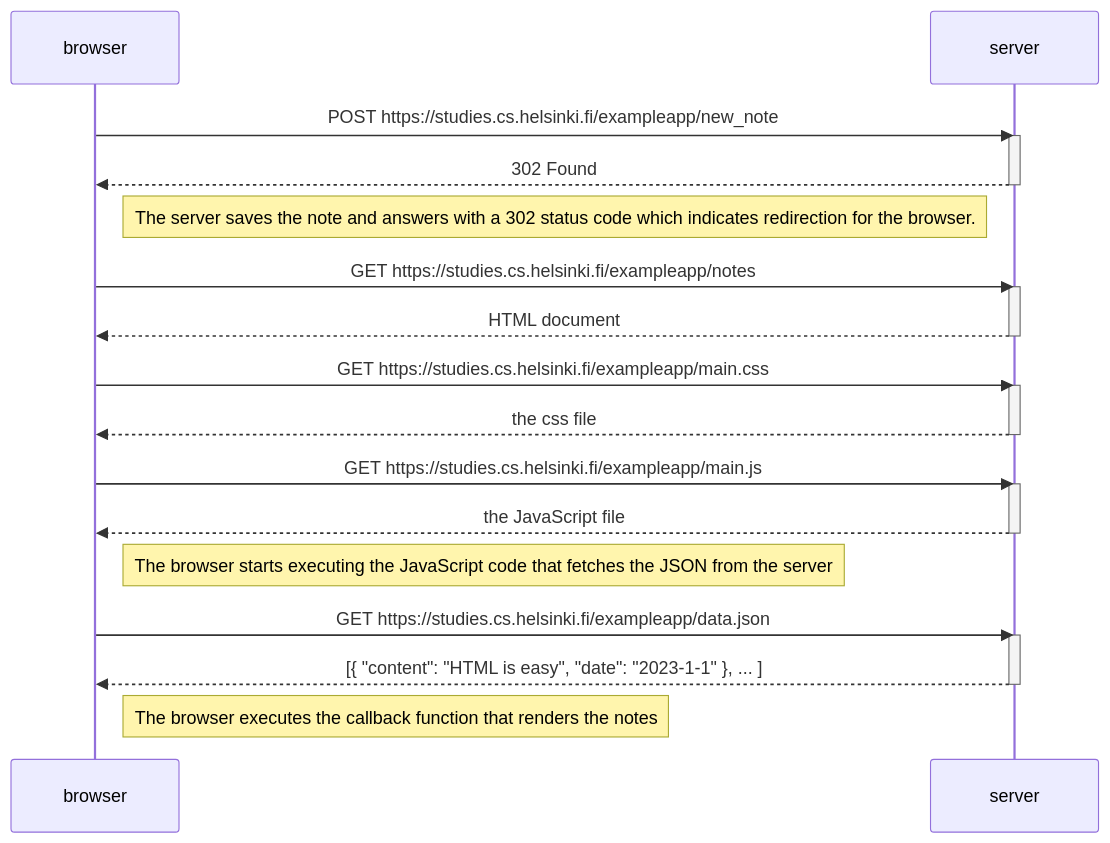
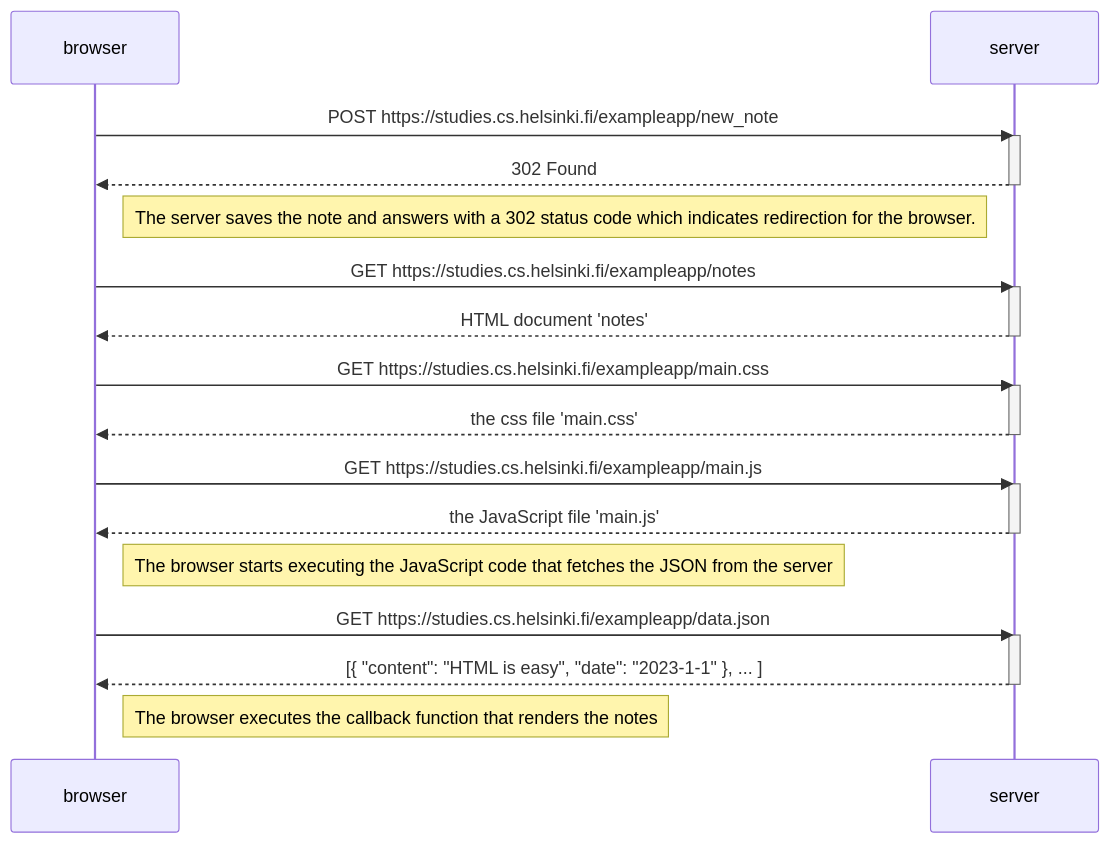
The diagram in P0/0.4:NewNote.md (Julietanilem/fullstackopen), drawn with Mermaid before and after one commit.

````diff
--- a/P0/0.4:NewNote.md
+++ b/P0/0.4:NewNote.md
@@ -1,33 +1,33 @@
 ```mermaid
 sequenceDiagram
     participant browser
     participant server
     browser->>server: POST https://studies.cs.helsinki.fi/exampleapp/new_note
     activate server
     server-->>browser:  302 Found
     deactivate server
 Note left of server: The server saves the note and answers with a 302 status code which indicates redirection for the browser.
     browser->>server: GET https://studies.cs.helsinki.fi/exampleapp/notes
     activate server
-    server-->>browser: HTML document
+    server-->>browser: HTML document 'notes'
     deactivate server
 
     browser->>server: GET https://studies.cs.helsinki.fi/exampleapp/main.css
     activate server
-    server-->>browser: the css file
+    server-->>browser: the css file 'main.css'
     deactivate server
 
     browser->>server: GET https://studies.cs.helsinki.fi/exampleapp/main.js
     activate server
-    server-->>browser: the JavaScript file
+    server-->>browser: the JavaScript file 'main.js'
     deactivate server
 
     Note right of browser: The browser starts executing the JavaScript code that fetches the JSON from the server
 
     browser->>server: GET https://studies.cs.helsinki.fi/exampleapp/data.json
     activate server
     server-->>browser: [{ "content": "HTML is easy", "date": "2023-1-1" }, ... ]
     deactivate server
 
     Note right of browser: The browser executes the callback function that renders the notes
 ```
````
